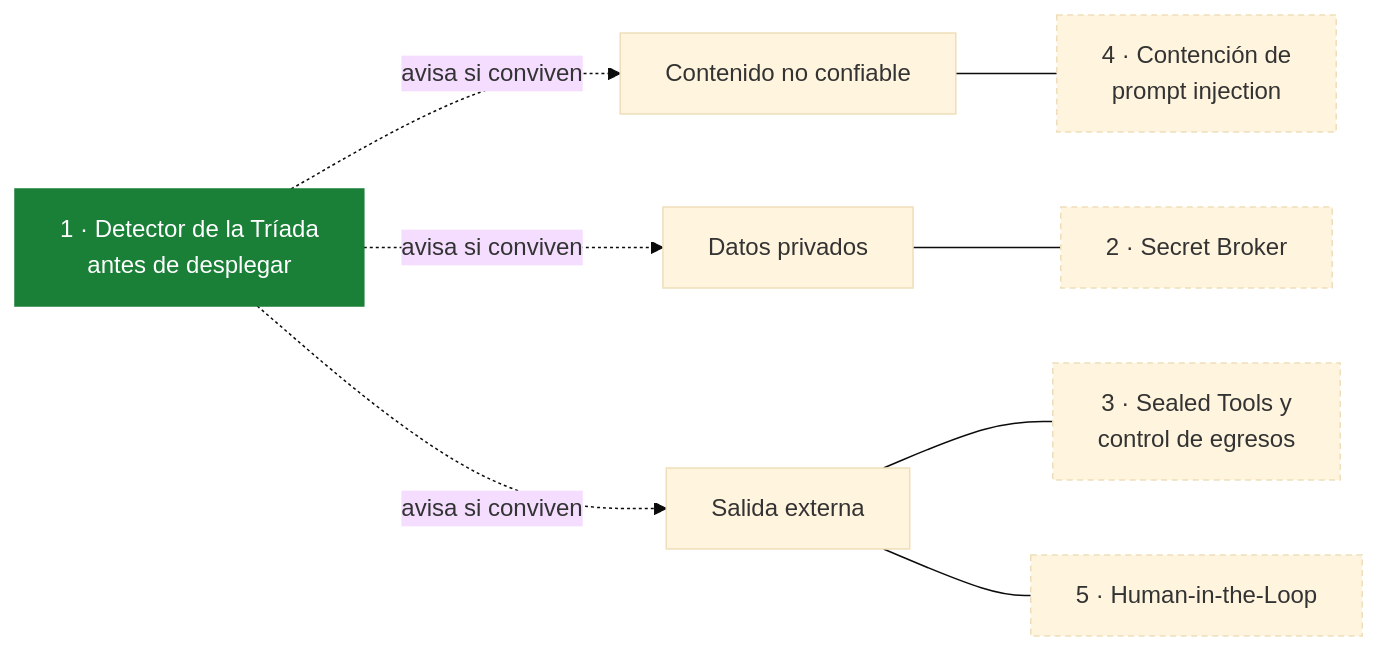
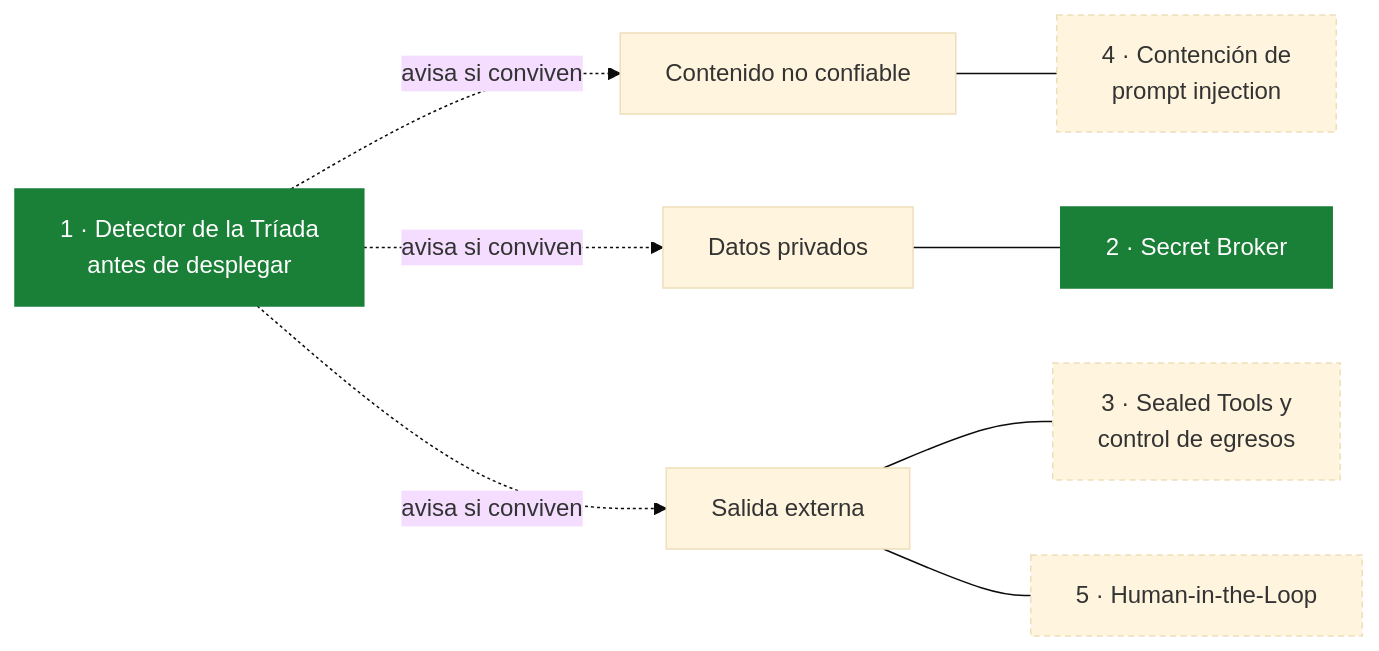
One commit to Alex-mk2/AgentGuard changed the second of 6 diagrams in README.md. Above: the diagram before and after it, drawn with Mermaid (base theme). The commit also changed other lines of this file and 43 other files, not shown here.

````diff
--- a/README.md
+++ b/README.md
@@ -44,13 +45,13 @@
 ```mermaid
 flowchart LR
     M1["1 · Detector de la Tríada<br/>antes de desplegar"] -.->|"avisa si conviven"| U & P & E
     U["Contenido no confiable"] --- M4["4 · Contención de<br/>prompt injection"]
     P["Datos privados"] --- M2["2 · Secret Broker"]
     E["Salida externa"] --- M3["3 · Sealed Tools y<br/>control de egresos"]
     E --- M5["5 · Human-in-the-Loop"]
 
     classDef listo fill:#1a7f37,color:#fff,stroke:#1a7f37
     classDef pendiente stroke-dasharray: 4 3
-    class M1 listo
-    class M2,M3,M4,M5 pendiente
+    class M1,M2 listo
+    class M3,M4,M5 pendiente
 ```
````
